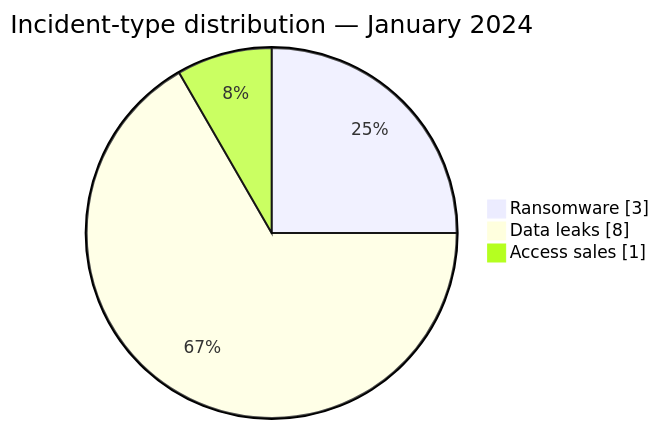
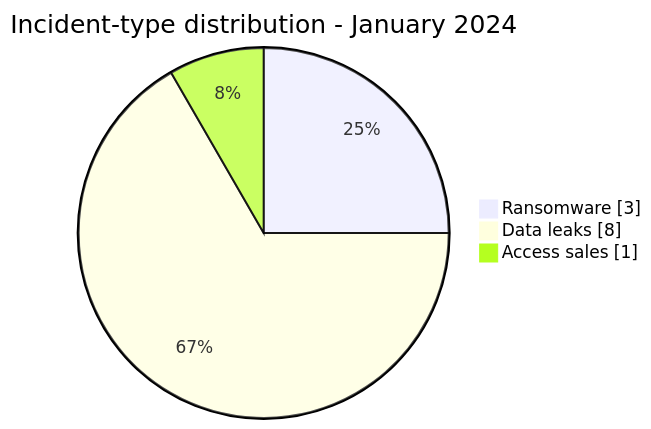
Before and after one commit to Hatchepsoute/AFRINTEL: the second of 2 diagrams in CyberAttackAfrica/2024/01-january/README.md, drawn with Mermaid. The commit also changed other lines of this file and 182 other files, not shown here.

````diff
--- a/CyberAttackAfrica/2024/01-january/README.md
+++ b/CyberAttackAfrica/2024/01-january/README.md
@@ -59,7 +59,7 @@
 ```mermaid
 pie showData
-    title Incident-type distribution — January 2024
+    title Incident-type distribution - January 2024
     "Ransomware" : 3
     "Data leaks" : 8
     "Access sales" : 1
 ```
````
